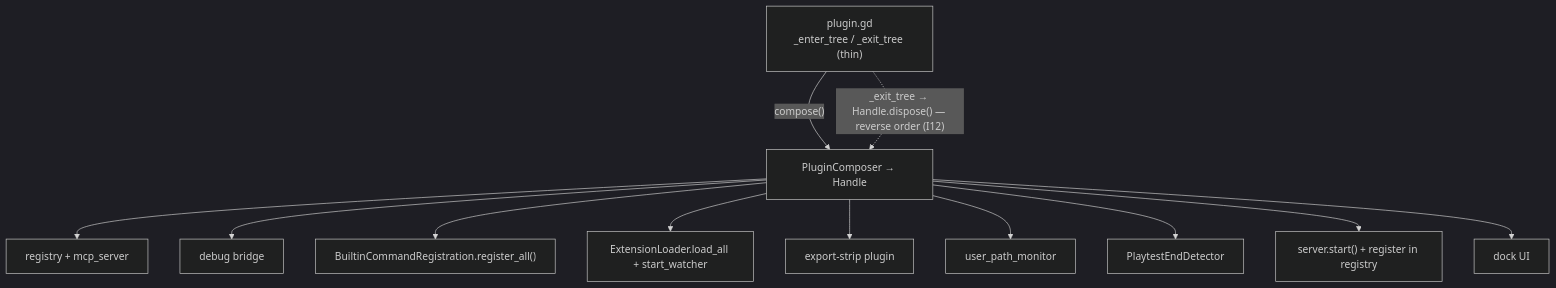
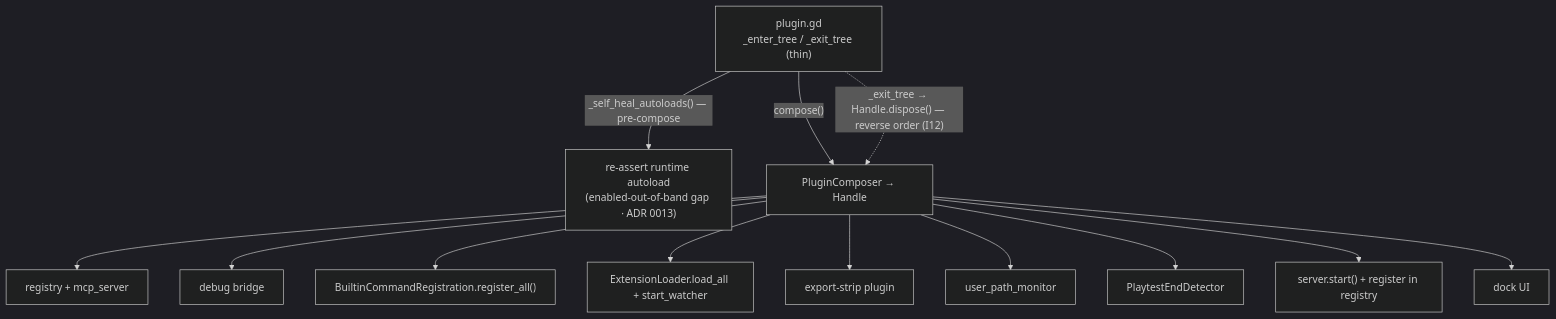
One commit to NPGameDev/godot-mcp-toolkit changed the tenth of 13 diagrams in docs/architecture/README.md. Above: the diagram before and after it, drawn with Mermaid (dark theme). The commit also changed other lines of this file, not shown here.

First line of the commit message:
docs(architecture): reflect runtime-autoload self-heal in §7 plugin lifecycle

````diff
--- a/docs/architecture/README.md
+++ b/docs/architecture/README.md
@@ -451,15 +453,16 @@
 ```mermaid
 flowchart TD
     plugin["plugin.gd<br/>_enter_tree / _exit_tree (thin)"]
+    plugin -->|"_self_heal_autoloads() — pre-compose"| heal["re-assert runtime autoload<br/>(enabled-out-of-band gap · ADR 0013)"]
     plugin -->|"compose()"| composer["PluginComposer → Handle"]
     composer --> reg["registry + mcp_server"]
     composer --> bridge["debug bridge"]
     composer --> builtins["BuiltinCommandRegistration.register_all()"]
     composer --> ext["ExtensionLoader.load_all + start_watcher"]
     composer --> exp["export-strip plugin"]
     composer --> mon["user_path_monitor"]
     composer --> detect["PlaytestEndDetector"]
     composer --> start["server.start() + register in registry"]
     composer --> dock["dock UI"]
     plugin -.->|"_exit_tree → Handle.dispose() — reverse order (I12)"| composer
 ```
````
